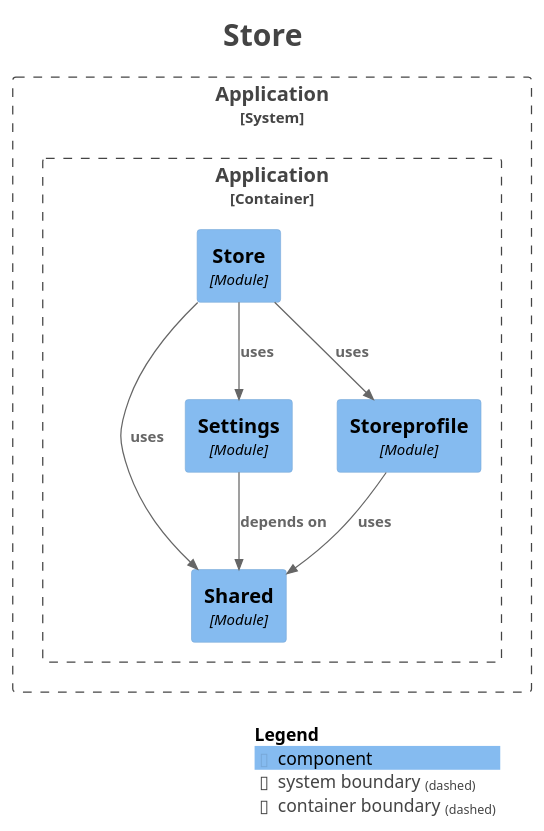
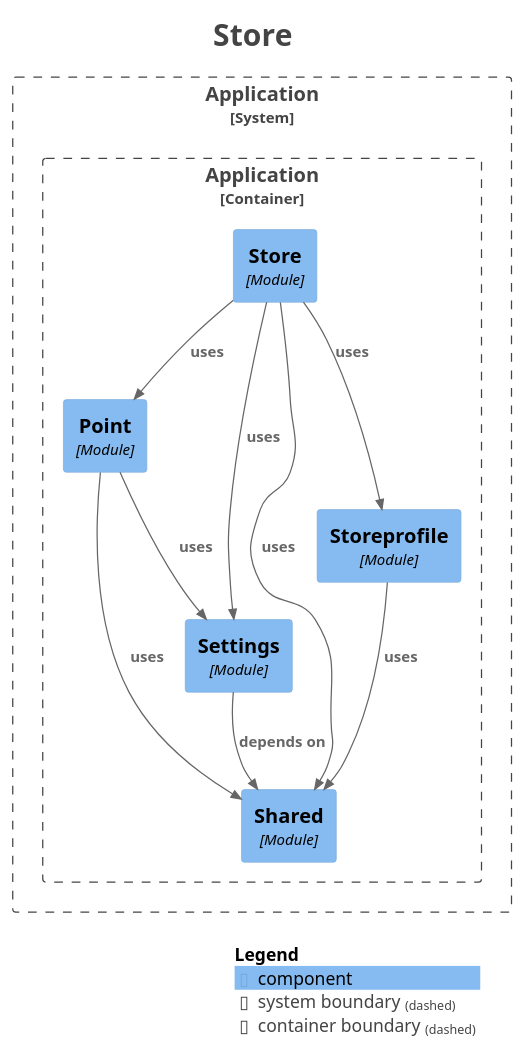
One commit to kanghouchao/Kizuna changed the diagram in backend/docs/modulith/module-store.puml. Above: the diagram before and after it, drawn with PlantUML. The commit also changed 28 other files, not shown here.

```diff
--- a/backend/docs/modulith/module-store.puml
+++ b/backend/docs/modulith/module-store.puml
@@ -1,36 +1,40 @@
 @startuml
 title <size:24>Store</size>
 
 set separator none
 top to bottom direction
 
 <style>
   root {
     BackgroundColor: #ffffff
     FontColor: #444444
   }
 </style>
 
 !include <C4/C4>
 !include <C4/C4_Context>
 !include <C4/C4_Component>
 
 System_Boundary("Application_boundary", "Application", $tags="") {
   Container_Boundary("Application.Application_boundary", "Application", $tags="") {
+    Component(Application.Application.Point, "Point", $techn="Module", $descr="", $tags="", $link="")
     Component(Application.Application.Store, "Store", $techn="Module", $descr="", $tags="", $link="")
     Component(Application.Application.Shared, "Shared", $techn="Module", $descr="", $tags="", $link="")
     Component(Application.Application.Settings, "Settings", $techn="Module", $descr="", $tags="", $link="")
     Component(Application.Application.Storeprofile, "Storeprofile", $techn="Module", $descr="", $tags="", $link="")
   }
 
 }
 
-Rel(Application.Application.Settings, Application.Application.Shared, "depends on", $techn="", $tags="", $link="")
 Rel(Application.Application.Storeprofile, Application.Application.Shared, "uses", $techn="", $tags="", $link="")
 Rel(Application.Application.Store, Application.Application.Storeprofile, "uses", $techn="", $tags="", $link="")
+Rel(Application.Application.Store, Application.Application.Point, "uses", $techn="", $tags="", $link="")
 Rel(Application.Application.Store, Application.Application.Settings, "uses", $techn="", $tags="", $link="")
 Rel(Application.Application.Store, Application.Application.Shared, "uses", $techn="", $tags="", $link="")
+Rel(Application.Application.Settings, Application.Application.Shared, "depends on", $techn="", $tags="", $link="")
+Rel(Application.Application.Point, Application.Application.Settings, "uses", $techn="", $tags="", $link="")
+Rel(Application.Application.Point, Application.Application.Shared, "uses", $techn="", $tags="", $link="")
 
 SHOW_LEGEND(true)
 hide stereotypes
 @enduml
```
